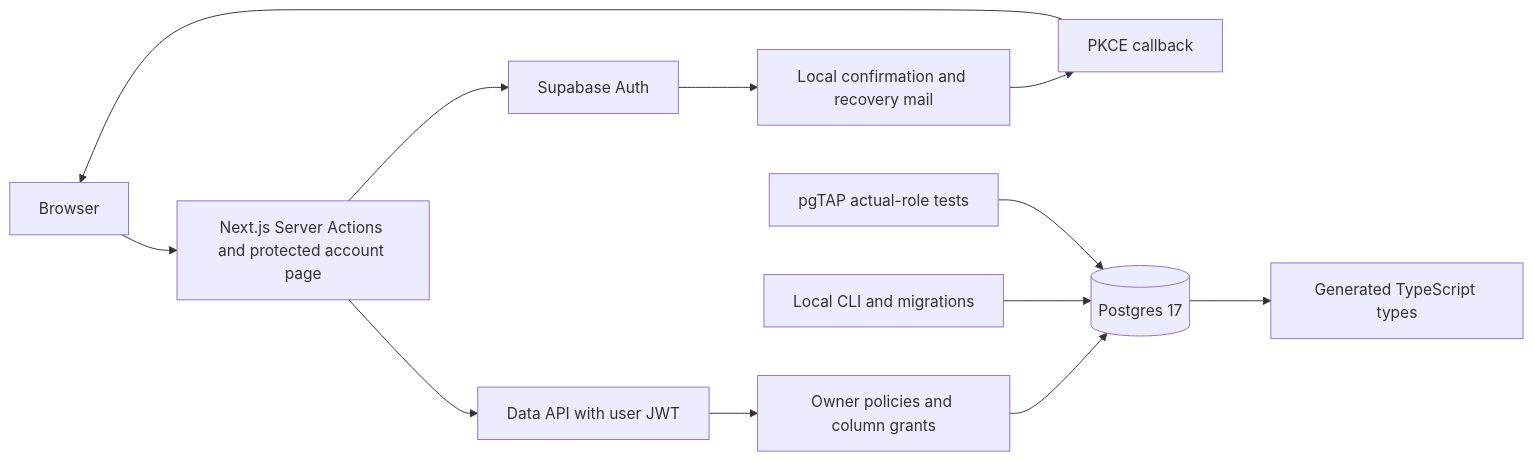
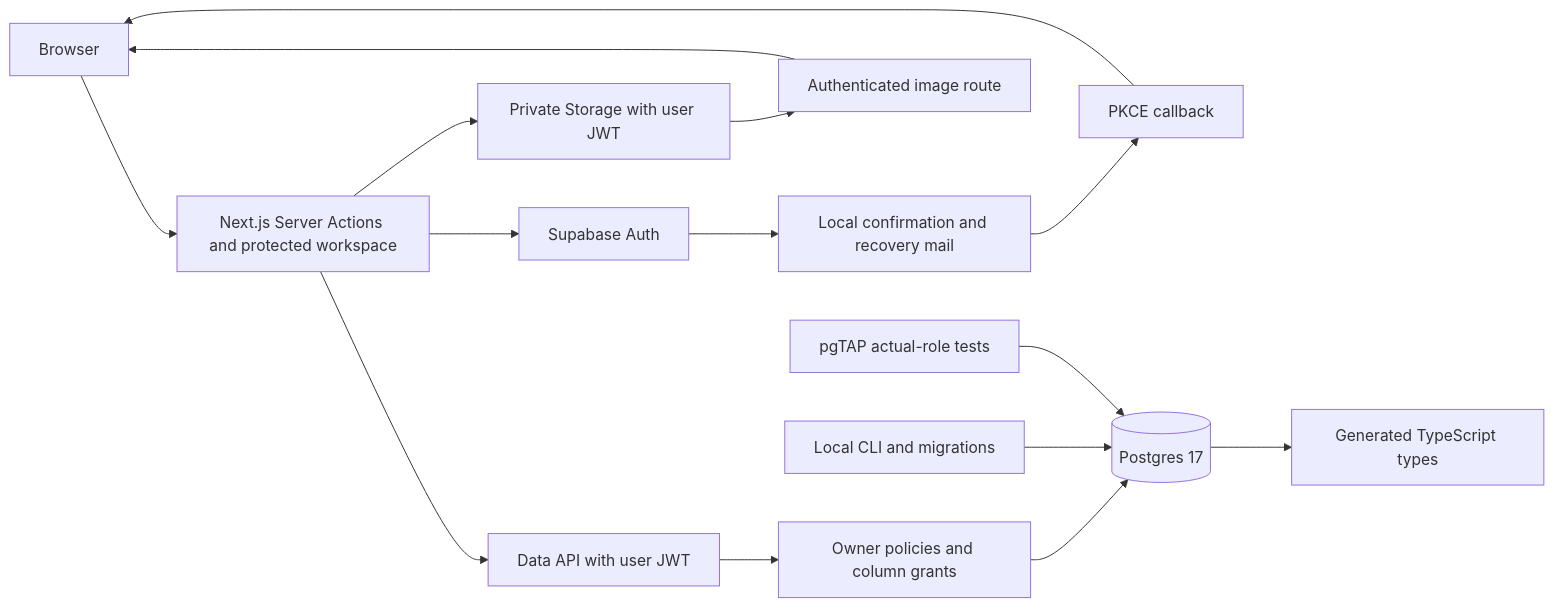
One commit to nshaikh3/supabase-ai-story-reference changed the diagram in docs/ARCHITECTURE.md. Above: the diagram before and after it, drawn with Mermaid. The commit also changed other lines of this file and 8 other files, not shown here.

Commit message:
docs: record verified Phase 3 stories and private storage

````diff
--- a/docs/ARCHITECTURE.md
+++ b/docs/ARCHITECTURE.md
@@ -5,14 +5,17 @@
 ```mermaid
 flowchart LR
-  Browser[Browser] --> Next[Next.js Server Actions and protected account page]
+  Browser[Browser] --> Next[Next.js Server Actions and protected workspace]
   Next --> Auth[Supabase Auth]
   Auth --> Mail[Local confirmation and recovery mail]
   Mail --> Callback[PKCE callback]
   Callback --> Browser
   Next --> API[Data API with user JWT]
+  Next --> Storage[Private Storage with user JWT]
+  Storage --> Images[Authenticated image route]
+  Images --> Browser
   API --> RLS[Owner policies and column grants]
   RLS --> DB[(Postgres 17)]
   CLI[Local CLI and migrations] --> DB
   Tests[pgTAP actual-role tests] --> DB
   DB --> Types[Generated TypeScript types]
 ```
````
